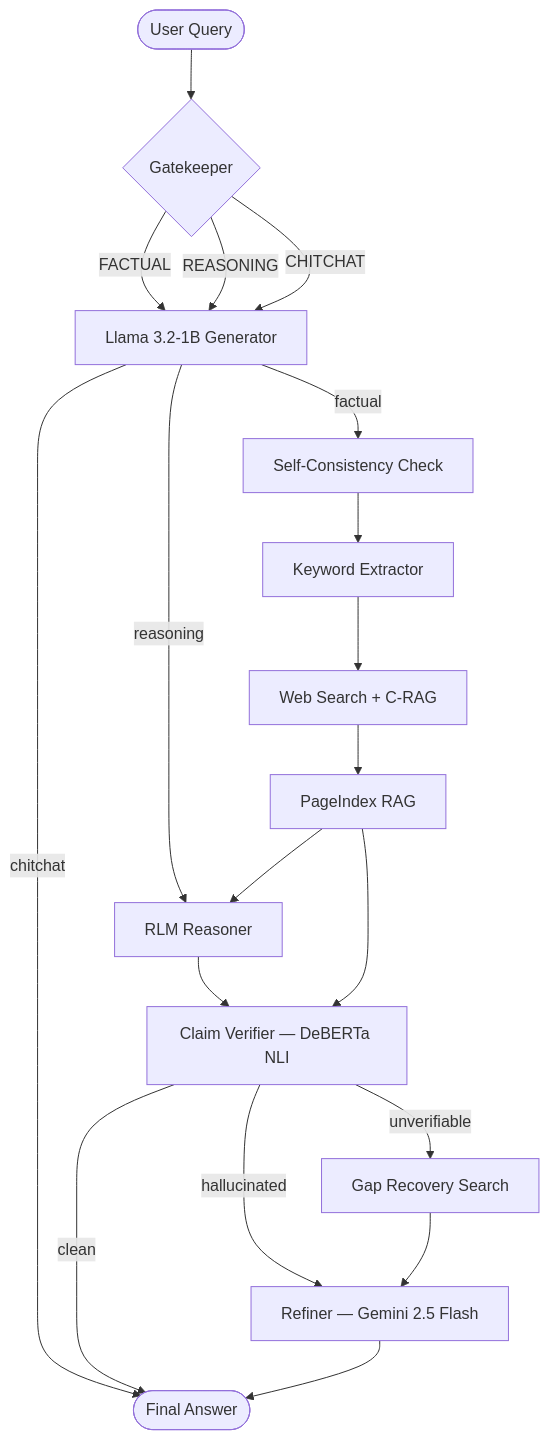
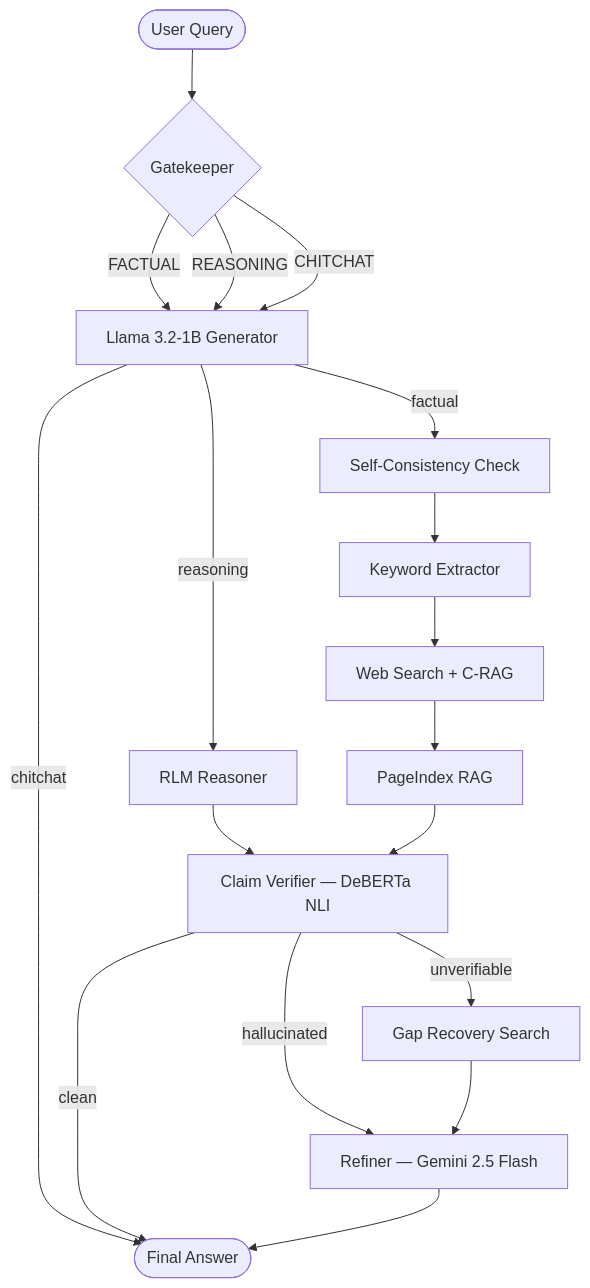
The diagram in README.md (Suhas-123-cell/Hallu-Check), drawn with Mermaid before and after one commit. The commit also changed other lines of this file and 3 other files, not shown here.

````diff
--- a/README.md
+++ b/README.md
@@ -41,28 +41,26 @@
 ```mermaid
 flowchart TD
     Q(["User Query"]) --> G{"Gatekeeper"}
 
     G -->|FACTUAL| LLM["Llama 3.2-1B Generator"]
     G -->|REASONING| LLM
     G -->|CHITCHAT| LLM
 
     LLM -->|chitchat| OUT(["Final Answer"])
 
     LLM -->|reasoning| RLM["RLM Reasoner"]
+    RLM --> NLI
+
     LLM -->|factual| SC["Self-Consistency Check"]
-
     SC --> KW["Keyword Extractor"]
     KW --> WS["Web Search + C-RAG"]
     WS --> RAG["PageIndex RAG"]
-    RAG --> RLM
-
-    RLM --> NLI["Claim Verifier — DeBERTa NLI"]
-    RAG --> NLI
+    RAG --> NLI["Claim Verifier — DeBERTa NLI"]
 
     NLI -->|"clean"| OUT
     NLI -->|"hallucinated"| REF["Refiner — Gemini 2.5 Flash"]
     NLI -->|"unverifiable"| GAP["Gap Recovery Search"]
     GAP --> REF
 
     REF --> OUT
 ```
````
